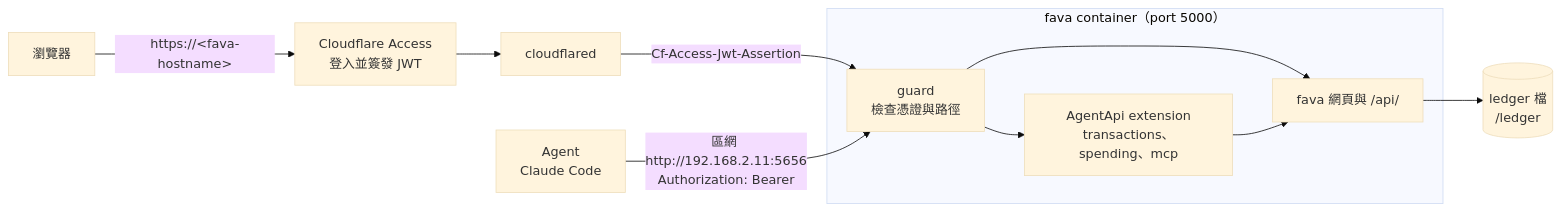
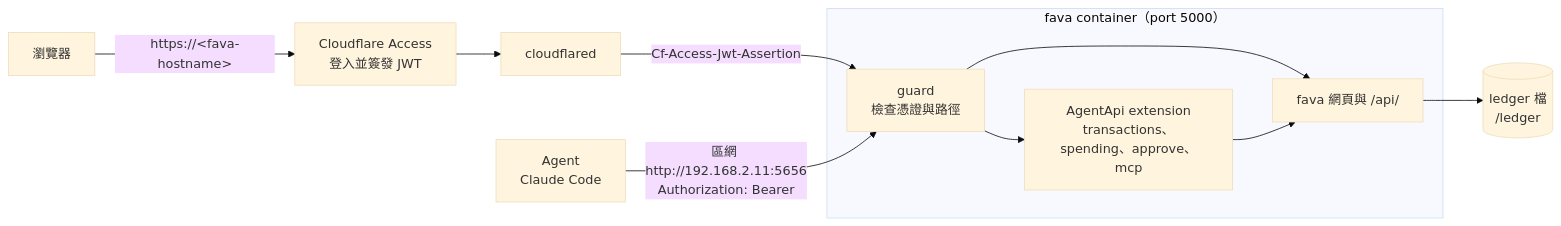
Before and after one commit to gn00678465/beancount-fava: the first of 2 diagrams in docs/agent-api.md, drawn with Mermaid (base theme). The commit also changed other lines of this file and 6 other files, not shown here.

First line of the commit message:
feat(api): 新增核准端點 POST approve (#39)

````diff
--- a/docs/agent-api.md
+++ b/docs/agent-api.md
@@ -11,13 +11,13 @@
 ```mermaid
 flowchart LR
     Browser["瀏覽器"] -->|"https://&lt;fava-hostname&gt;"| CF["Cloudflare Access<br>登入並簽發 JWT"]
     CF --> Tunnel["cloudflared"]
     Tunnel -->|"Cf-Access-Jwt-Assertion"| Guard
     Agent["Agent<br>Claude Code"] -->|"區網 http://192.168.2.11:5656<br>Authorization: Bearer"| Guard
     subgraph Container["fava container（port 5000）"]
         Guard["guard<br>檢查憑證與路徑"] --> Fava["fava 網頁與 /api/"]
-        Guard --> Ext["AgentApi extension<br>transactions、spending、mcp"]
+        Guard --> Ext["AgentApi extension<br>transactions、spending、approve、mcp"]
         Ext --> Fava
     end
     Fava --> Ledger[("ledger 檔<br>/ledger")]
 ```
````
